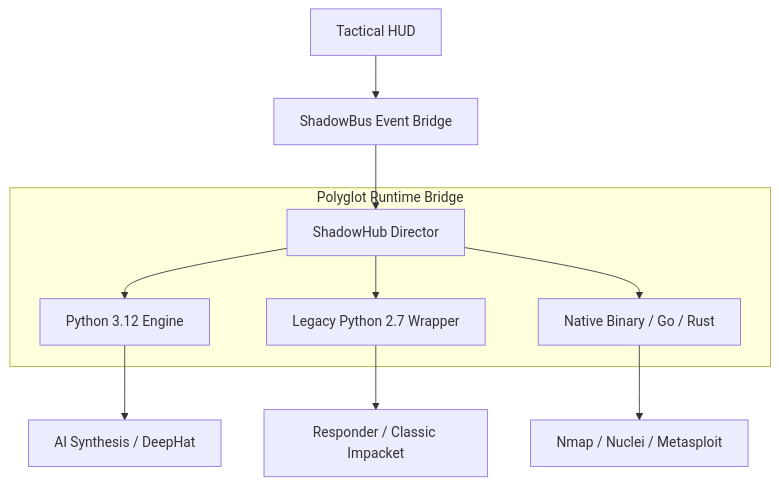
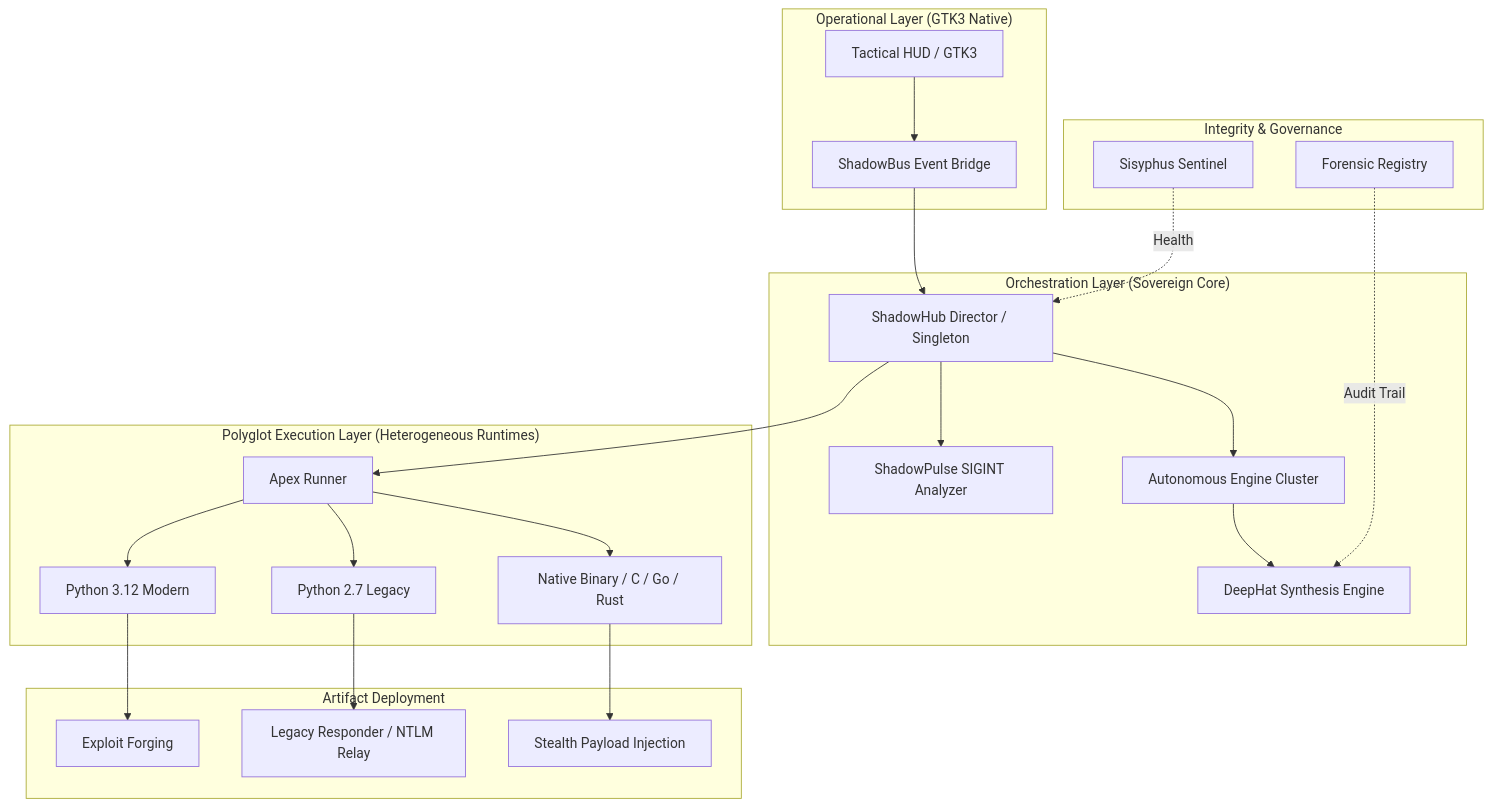
Before and after one commit to jakes1345/ShadowCypher: the diagram in README.md, drawn with Mermaid. The commit also changed other lines of this file, not shown here.

Commit message:
LEGEND_BUILD: Finalized the Holy Grail README (v4.5.9.f7), implemented the Heterogeneous Polyglot Bridge, and hardened the Obsidian Citadel Architecture.

````diff
--- a/README.md
+++ b/README.md
@@ -15,15 +18,31 @@
 ```mermaid
 graph TD
-    UI[Tactical HUD] --> BUS[ShadowBus Event Bridge]
-    BUS --> HUB[ShadowHub Director]
-    
-    subgraph "Polyglot Runtime Bridge"
-        HUB --> R3[Python 3.12 Engine]
-        HUB --> R2[Legacy Python 2.7 Wrapper]
-        HUB --> RN[Native Binary / Go / Rust]
+    subgraph "Operational Layer (GTK3 Native)"
+        UI[Tactical HUD / GTK3] --> BUS[ShadowBus Event Bridge]
     end
-    
-    R3 --> M1[AI Synthesis / DeepHat]
-    R2 --> M2[Responder / Classic Impacket]
-    RN --> M3[Nmap / Nuclei / Metasploit]
+
+    subgraph "Orchestration Layer (Sovereign Core)"
+        BUS --> HUB[ShadowHub Director / Singleton]
+        HUB --> SIG[ShadowPulse SIGINT Analyzer]
+        HUB --> AI[Autonomous Engine Cluster]
+        AI --> DH[DeepHat Synthesis Engine]
+    end
+
+    subgraph "Polyglot Execution Layer (Heterogeneous Runtimes)"
+        HUB --> RUN[Apex Runner]
+        RUN --> P2[Python 2.7 Legacy]
+        RUN --> P3[Python 3.12 Modern]
+        RUN --> NB[Native Binary / C / Go / Rust]
+    end
+
+    subgraph "Artifact Deployment"
+        P3 --> EX[Exploit Forging]
+        P2 --> LR[Legacy Responder / NTLM Relay]
+        NB --> ST[Stealth Payload Injection]
+    end
+
+    subgraph "Integrity & Governance"
+        MON[Sisyphus Sentinel] -. Health .-> HUB
+        AUD[Forensic Registry] -. Audit Trail .-> DH
+    end
 ```
````
